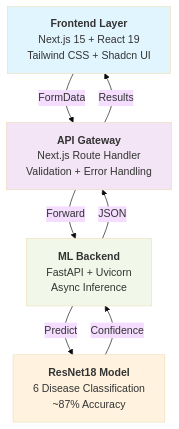
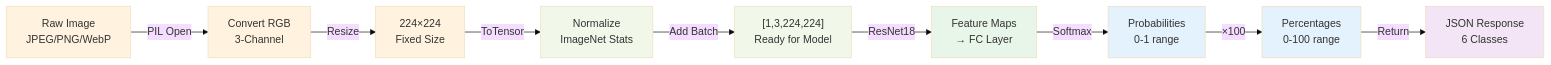
Before and after one commit to itssmdsh/MediScan: the third of 7 diagrams in DOCUMENTATION.md, drawn with Mermaid (base theme). The commit also changed other lines of this file, not shown here.

````diff
--- a/DOCUMENTATION.md
+++ b/DOCUMENTATION.md
@@ -45,19 +241,21 @@
 ```mermaid
-graph TB
-    FE["<b>Frontend Layer</b><br/>Next.js 15 + React 19<br/>Tailwind CSS + Shadcn UI"]
-    API["<b>API Gateway</b><br/>Next.js Route Handler<br/>Validation + Error Handling"]
-    ML["<b>ML Backend</b><br/>FastAPI + Uvicorn<br/>Async Inference"]
-    MODEL["<b>ResNet18 Model</b><br/>6 Disease Classification<br/>~87% Accuracy"]
+graph LR
+    Raw["Raw Image<br/>JPEG/PNG/WebP"] -->|PIL Open| RGB["Convert RGB<br/>3-Channel"]
+    RGB -->|Resize| Size["224×224<br/>Fixed Size"]
+    Size -->|ToTensor| Tensor["Normalize<br/>ImageNet Stats"]
+    Tensor -->|Add Batch| Batch["[1,3,224,224]<br/>Ready for Model"]
+    Batch -->|ResNet18| Model["Feature Maps<br/>→ FC Layer"]
+    Model -->|Softmax| Probs["Probabilities<br/>0-1 range"]
+    Probs -->|×100| Percent["Percentages<br/>0-100 range"]
+    Percent -->|Return| JSON["JSON Response<br/>6 Classes"]
     
-    FE -->|FormData| API
-    API -->|Forward| ML
-    ML -->|Predict| MODEL
-    MODEL -->|Confidence| ML
-    ML -->|JSON| API
-    API -->|Results| FE
-    
-    style FE fill:#e1f5fe
-    style API fill:#f3e5f5
-    style ML fill:#f1f8e9
-    style MODEL fill:#fff3e0
+    style Raw fill:#fff3e0
+    style RGB fill:#fff3e0
+    style Size fill:#fff3e0
+    style Tensor fill:#f1f8e9
+    style Batch fill:#f1f8e9
+    style Model fill:#e8f5e9
+    style Probs fill:#e3f2fd
+    style Percent fill:#e3f2fd
+    style JSON fill:#f3e5f5
 ```
````
